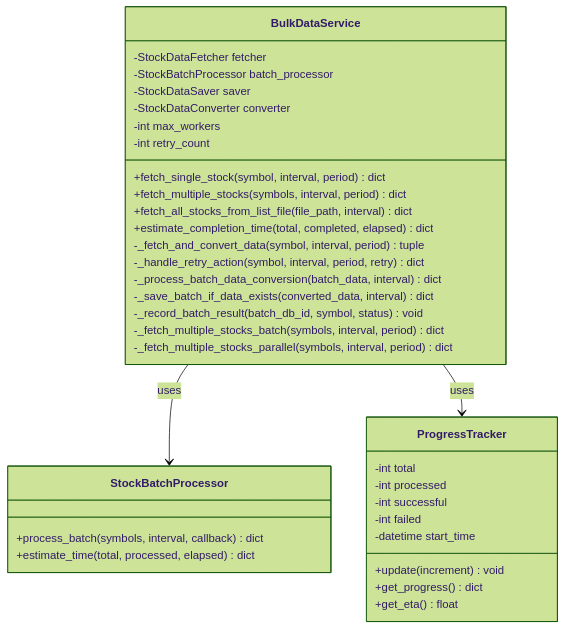
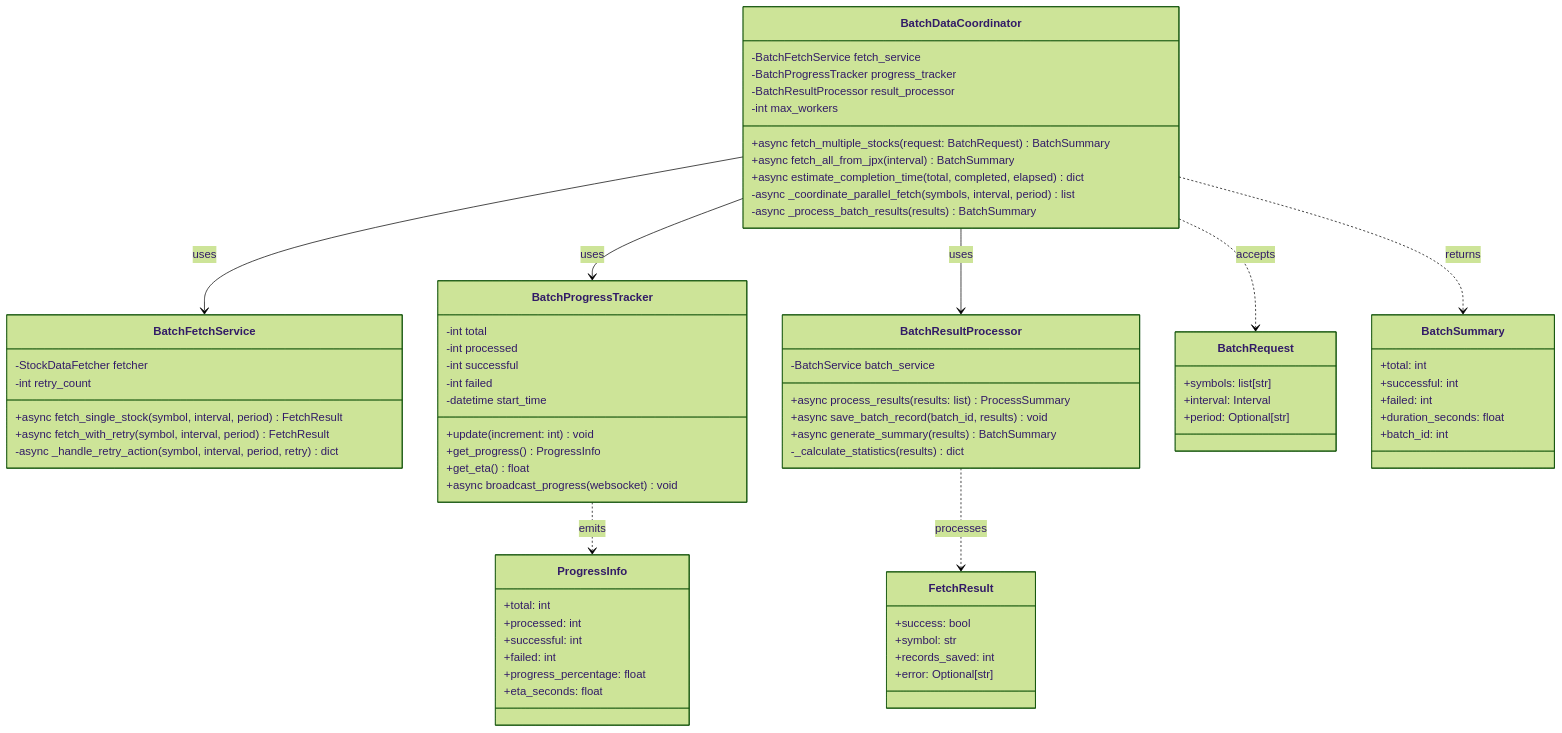
The third of 9 diagrams in docs/architecture/layers/service_layer.md (TIMMY-WEST/STOCK-INVESTMENT-ANALYZER), drawn with Mermaid (forest theme) before and after one commit. The commit also changed other lines of this file and 2 other files, not shown here.

````diff
--- a/docs/architecture/layers/service_layer.md
+++ b/docs/architecture/layers/service_layer.md
@@ -208,41 +403,82 @@
 ```mermaid
 classDiagram
-    class BulkDataService {
-        -StockDataFetcher fetcher
-        -StockBatchProcessor batch_processor
-        -StockDataSaver saver
-        -StockDataConverter converter
+    class BatchDataCoordinator {
+        -BatchFetchService fetch_service
+        -BatchProgressTracker progress_tracker
+        -BatchResultProcessor result_processor
         -int max_workers
-        -int retry_count
-        +fetch_single_stock(symbol, interval, period) dict
-        +fetch_multiple_stocks(symbols, interval, period) dict
-        +fetch_all_stocks_from_list_file(file_path, interval) dict
-        +estimate_completion_time(total, completed, elapsed) dict
-        -_fetch_and_convert_data(symbol, interval, period) tuple
-        -_handle_retry_action(symbol, interval, period, retry) dict
-        -_process_batch_data_conversion(batch_data, interval) dict
-        -_save_batch_if_data_exists(converted_data, interval) dict
-        -_record_batch_result(batch_db_id, symbol, status) void
-        -_fetch_multiple_stocks_batch(symbols, interval, period) dict
-        -_fetch_multiple_stocks_parallel(symbols, interval, period) dict
+        +async fetch_multiple_stocks(request: BatchRequest) BatchSummary
+        +async fetch_all_from_jpx(interval) BatchSummary
+        +async estimate_completion_time(total, completed, elapsed) dict
+        -async _coordinate_parallel_fetch(symbols, interval, period) list
+        -async _process_batch_results(results) BatchSummary
     }
 
-    class StockBatchProcessor {
-        +process_batch(symbols, interval, callback) dict
-        +estimate_time(total, processed, elapsed) dict
+    class BatchFetchService {
+        -StockDataFetcher fetcher
+        -int retry_count
+        +async fetch_single_stock(symbol, interval, period) FetchResult
+        +async fetch_with_retry(symbol, interval, period) FetchResult
+        -async _handle_retry_action(symbol, interval, period, retry) dict
     }
 
-    class ProgressTracker {
+    class BatchProgressTracker {
         -int total
         -int processed
         -int successful
         -int failed
         -datetime start_time
-        +update(increment) void
-        +get_progress() dict
+        +update(increment: int) void
+        +get_progress() ProgressInfo
         +get_eta() float
+        +async broadcast_progress(websocket) void
     }
 
-    BulkDataService --> StockBatchProcessor : uses
-    BulkDataService --> ProgressTracker : uses
+    class BatchResultProcessor {
+        -BatchService batch_service
+        +async process_results(results: list) ProcessSummary
+        +async save_batch_record(batch_id, results) void
+        +async generate_summary(results) BatchSummary
+        -_calculate_statistics(results) dict
+    }
+
+    %% Pydanticモデル
+    class BatchRequest {
+        +symbols: list[str]
+        +interval: Interval
+        +period: Optional[str]
+    }
+
+    class BatchSummary {
+        +total: int
+        +successful: int
+        +failed: int
+        +duration_seconds: float
+        +batch_id: int
+    }
+
+    class FetchResult {
+        +success: bool
+        +symbol: str
+        +records_saved: int
+        +error: Optional[str]
+    }
+
+    class ProgressInfo {
+        +total: int
+        +processed: int
+        +successful: int
+        +failed: int
+        +progress_percentage: float
+        +eta_seconds: float
+    }
+
+    BatchDataCoordinator --> BatchFetchService : uses
+    BatchDataCoordinator --> BatchProgressTracker : uses
+    BatchDataCoordinator --> BatchResultProcessor : uses
+
+    BatchDataCoordinator ..> BatchRequest : accepts
+    BatchDataCoordinator ..> BatchSummary : returns
+    BatchProgressTracker ..> ProgressInfo : emits
+    BatchResultProcessor ..> FetchResult : processes
 ```
````
